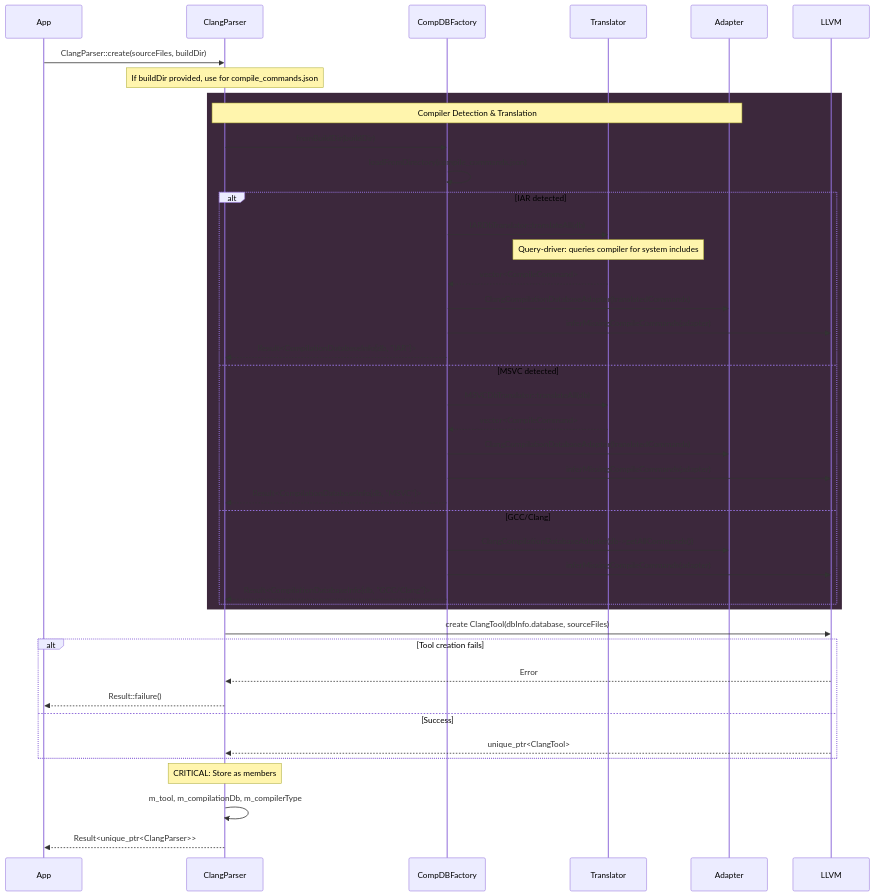
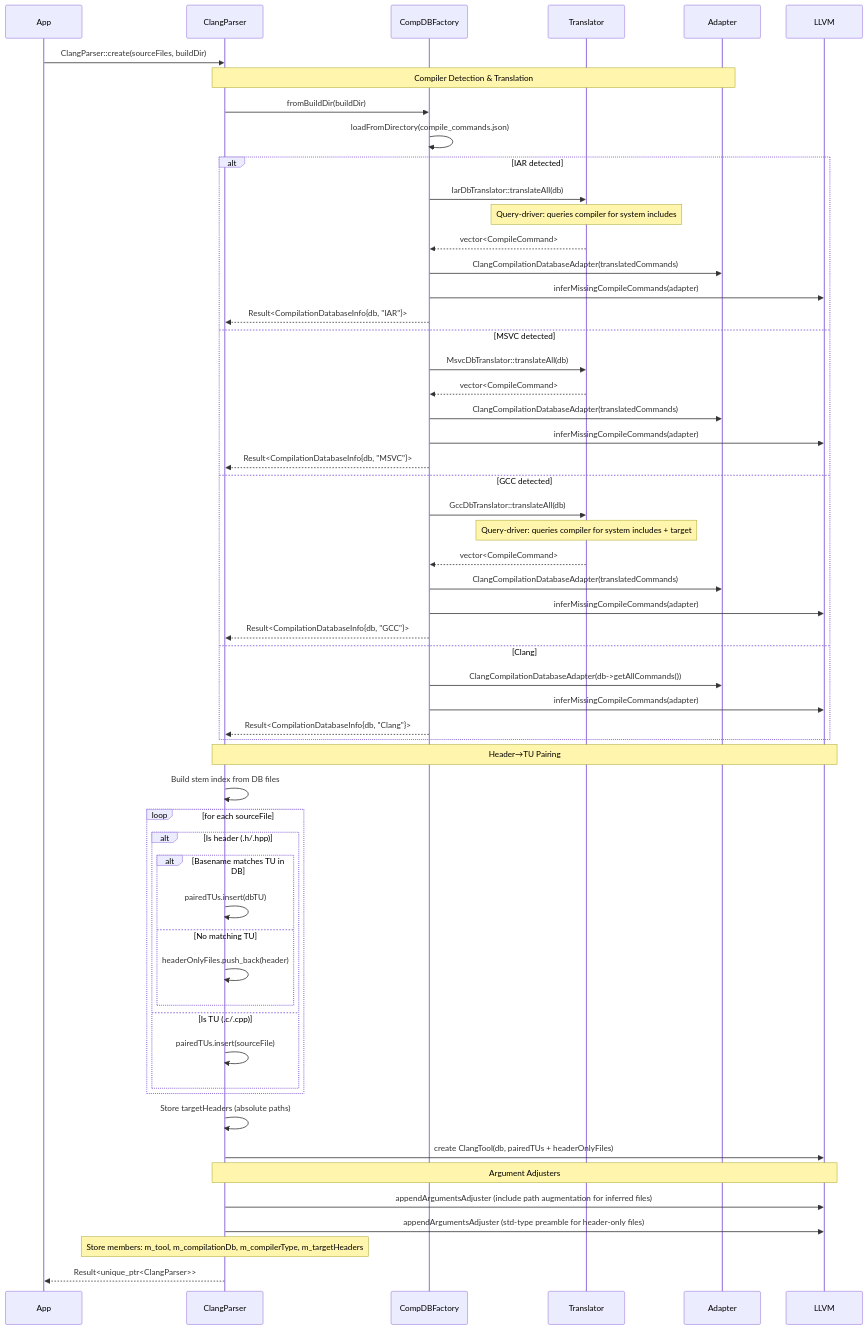
The second of 10 diagrams in docs/design/sequence-diagrams.md (turakz/alchemy), drawn with Mermaid before and after one commit. The commit also changed other lines of this file and 102 other files, not shown here.

First line of the commit message:
ENGPROD-747 cross-compiler support, build system overhaul, config handling

````diff
--- a/docs/design/sequence-diagrams.md
+++ b/docs/design/sequence-diagrams.md
@@ -124,51 +123,65 @@
 ```mermaid
 sequenceDiagram
     participant App
     participant ClangParser
     participant CompDBFactory
     participant Translator
     participant Adapter
     participant LLVM
 
     App->>ClangParser: ClangParser::create(sourceFiles, buildDir)
 
-    Note over ClangParser: If buildDir provided, use for compile_commands.json
-
-    rect rgb(60, 40, 60)
-        Note over ClangParser,Adapter: Compiler Detection & Translation
+    Note over ClangParser,Adapter: Compiler Detection & Translation
         ClangParser->>CompDBFactory: fromBuildDir(buildDir)
         CompDBFactory->>CompDBFactory: loadFromDirectory(compile_commands.json)
 
         alt IAR detected
-            CompDBFactory->>Translator: IARDbTranslator::translateAll(db)
+            CompDBFactory->>Translator: IarDbTranslator::translateAll(db)
             Note over Translator: Query-driver: queries compiler for system includes
             Translator-->>CompDBFactory: vector<CompileCommand>
             CompDBFactory->>Adapter: ClangCompilationDatabaseAdapter(translatedCommands)
             CompDBFactory->>LLVM: inferMissingCompileCommands(adapter)
             CompDBFactory-->>ClangParser: Result<CompilationDatabaseInfo{db, "IAR"}>
         else MSVC detected
-            CompDBFactory->>Translator: MSVCDbTranslator::translateAll(db)
+            CompDBFactory->>Translator: MsvcDbTranslator::translateAll(db)
             Translator-->>CompDBFactory: vector<CompileCommand>
             CompDBFactory->>Adapter: ClangCompilationDatabaseAdapter(translatedCommands)
             CompDBFactory->>LLVM: inferMissingCompileCommands(adapter)
             CompDBFactory-->>ClangParser: Result<CompilationDatabaseInfo{db, "MSVC"}>
-        else GCC/Clang
+        else GCC detected
+            CompDBFactory->>Translator: GccDbTranslator::translateAll(db)
+            Note over Translator: Query-driver: queries compiler for system includes + target
+            Translator-->>CompDBFactory: vector<CompileCommand>
+            CompDBFactory->>Adapter: ClangCompilationDatabaseAdapter(translatedCommands)
+            CompDBFactory->>LLVM: inferMissingCompileCommands(adapter)
+            CompDBFactory-->>ClangParser: Result<CompilationDatabaseInfo{db, "GCC"}>
+        else Clang
             CompDBFactory->>Adapter: ClangCompilationDatabaseAdapter(db->getAllCommands())
             CompDBFactory->>LLVM: inferMissingCompileCommands(adapter)
-            CompDBFactory-->>ClangParser: Result<CompilationDatabaseInfo{db, "GCC/Clang"}>
+            CompDBFactory-->>ClangParser: Result<CompilationDatabaseInfo{db, "Clang"}>
         end
-    end
 
-    ClangParser->>LLVM: create ClangTool(dbInfo.database, sourceFiles)
-    alt Tool creation fails
-        LLVM-->>ClangParser: Error
-        ClangParser-->>App: Result::failure()
-    else Success
-        LLVM-->>ClangParser: unique_ptr<ClangTool>
-    end
+    Note over ClangParser,LLVM: Header→TU Pairing
+        ClangParser->>ClangParser: Build stem index from DB files
+        loop for each sourceFile
+            alt Is header (.h/.hpp)
+                alt Basename matches TU in DB
+                    ClangParser->>ClangParser: pairedTUs.insert(dbTU)
+                else No matching TU
+                    ClangParser->>ClangParser: headerOnlyFiles.push_back(header)
+                end
+            else Is TU (.c/.cpp)
+                ClangParser->>ClangParser: pairedTUs.insert(sourceFile)
+            end
+        end
+        ClangParser->>ClangParser: Store targetHeaders (absolute paths)
 
-    Note over ClangParser: CRITICAL: Store as members
-    ClangParser->>ClangParser: m_tool, m_compilationDb, m_compilerType
+    ClangParser->>LLVM: create ClangTool(db, pairedTUs + headerOnlyFiles)
 
+    Note over ClangParser,LLVM: Argument Adjusters
+        ClangParser->>LLVM: appendArgumentsAdjuster (include path augmentation for inferred files)
+        ClangParser->>LLVM: appendArgumentsAdjuster (std-type preamble for header-only files)
+
+    Note over ClangParser: Store members: m_tool, m_compilationDb, m_compilerType, m_targetHeaders
     ClangParser-->>App: Result<unique_ptr<ClangParser>>
 ```
````
